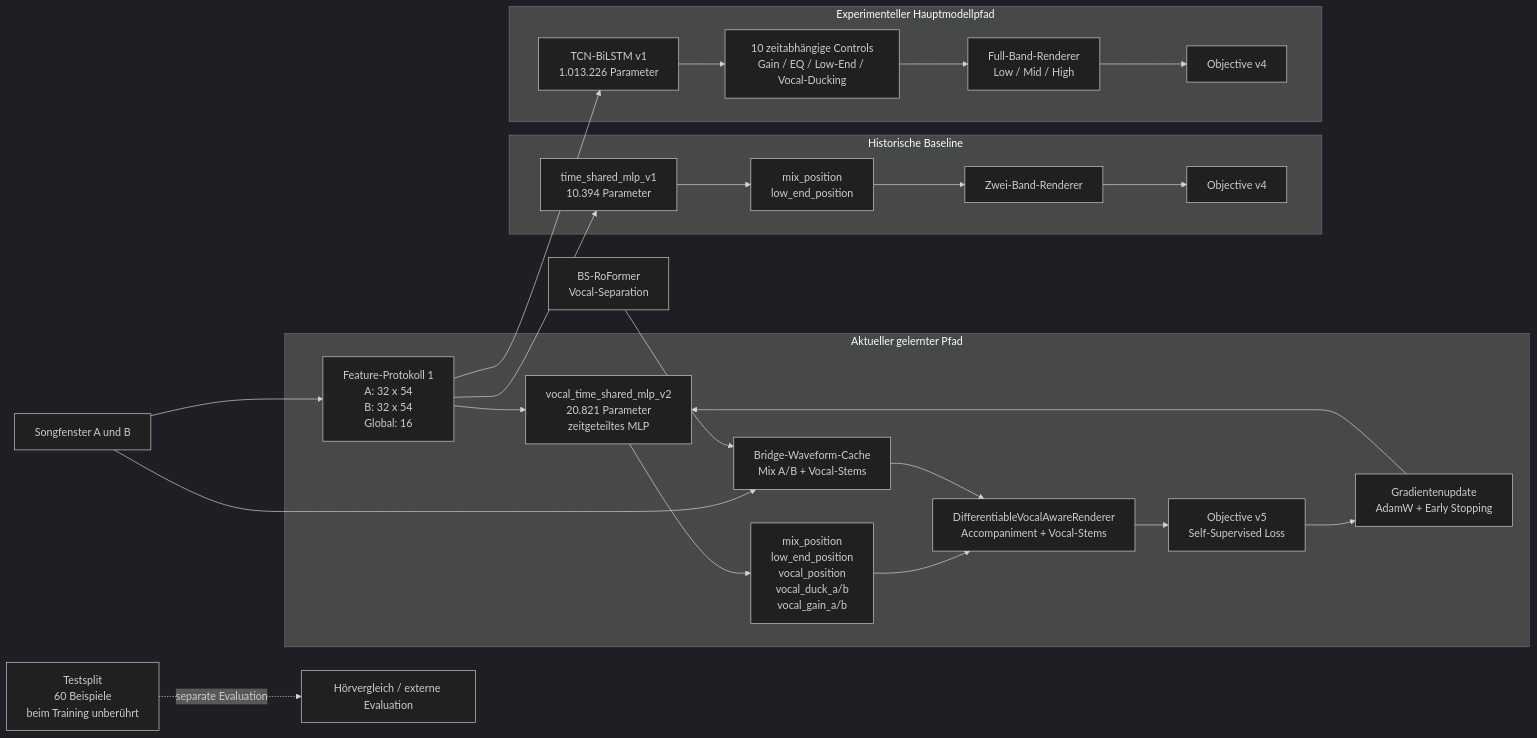
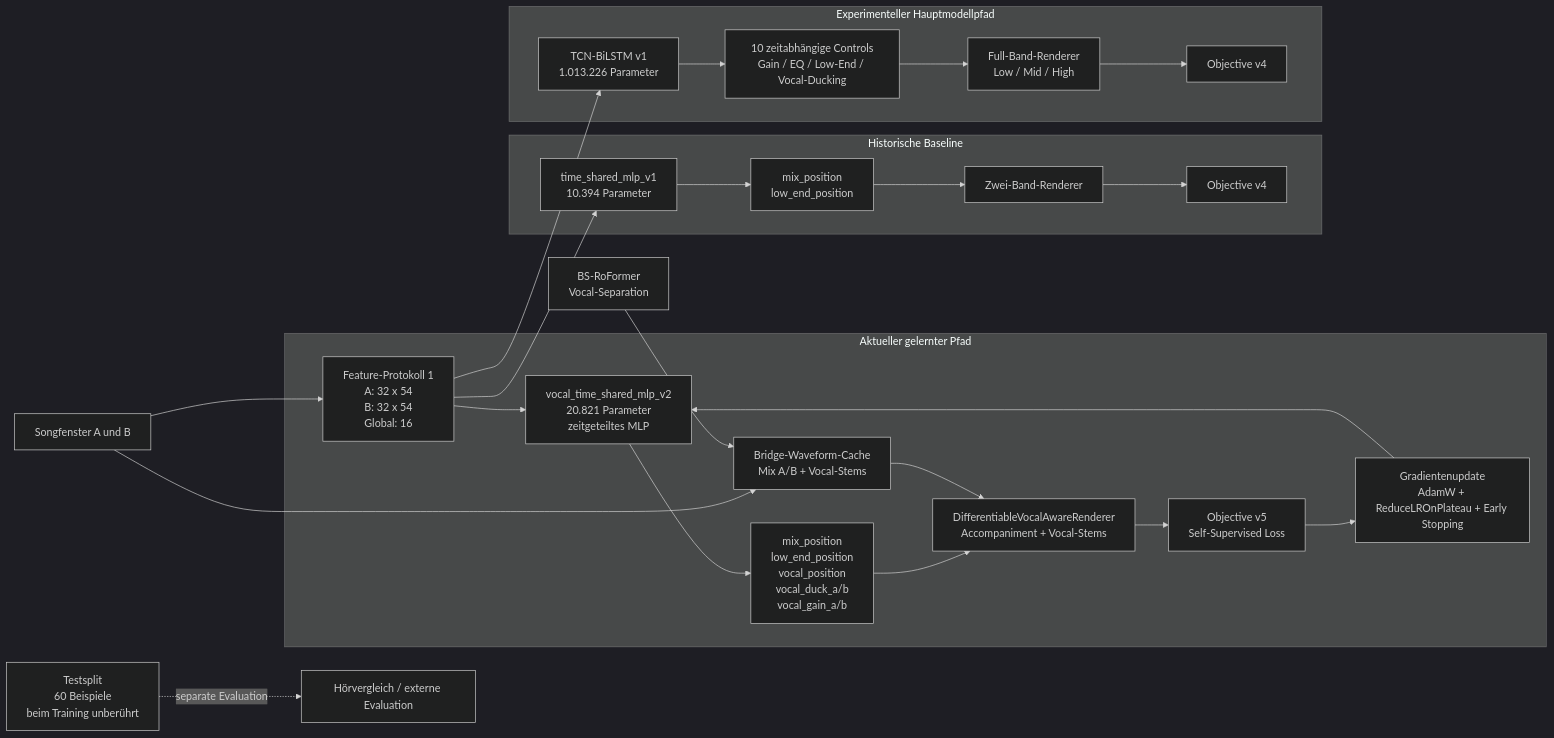
One commit to xam3000/BeatBridge changed the diagram in docs/ML_MODEL_CURRENT_STATE.md. Above: the diagram before and after it, drawn with Mermaid (dark theme). The commit also changed 161 other files, not shown here.

````diff
--- a/docs/ML_MODEL_CURRENT_STATE.md
+++ b/docs/ML_MODEL_CURRENT_STATE.md
@@ -44,33 +44,33 @@
 ```mermaid
 flowchart LR
     A[Songfenster A und B] --> F[Feature-Protokoll 1<br/>A: 32 x 54<br/>B: 32 x 54<br/>Global: 16]
     A --> W[Bridge-Waveform-Cache<br/>Mix A/B + Vocal-Stems]
     S[BS-RoFormer<br/>Vocal-Separation] --> W
 
     subgraph CURRENT[Aktueller gelernter Pfad]
         F --> V[vocal_time_shared_mlp_v2<br/>20.821 Parameter<br/>zeitgeteiltes MLP]
         V --> VC[mix_position<br/>low_end_position<br/>vocal_position<br/>vocal_duck_a/b<br/>vocal_gain_a/b]
         VC --> VR[DifferentiableVocalAwareRenderer<br/>Accompaniment + Vocal-Stems]
         W --> VR
         VR --> O5[Objective v5<br/>Self-Supervised Loss]
-        O5 --> U[Gradientenupdate<br/>AdamW + Early Stopping]
+        O5 --> U[Gradientenupdate<br/>AdamW + ReduceLROnPlateau + Early Stopping]
         U --> V
     end
 
     subgraph BASELINE[Historische Baseline]
         F --> M[time_shared_mlp_v1<br/>10.394 Parameter]
         M --> C2[mix_position<br/>low_end_position]
         C2 --> R2[Zwei-Band-Renderer]
         R2 --> O4[Objective v4]
     end
 
     subgraph EXPERIMENTAL[Experimenteller Hauptmodellpfad]
         F --> T[TCN-BiLSTM v1<br/>1.013.226 Parameter]
         T --> TC[10 zeitabhängige Controls<br/>Gain / EQ / Low-End / Vocal-Ducking]
         TC --> FR[Full-Band-Renderer<br/>Low / Mid / High]
         FR --> O4B[Objective v4]
     end
 
     X[Testsplit<br/>60 Beispiele<br/>beim Training unberührt]
     X -. separate Evaluation .-> E[Hörvergleich / externe Evaluation]
 ```
````
